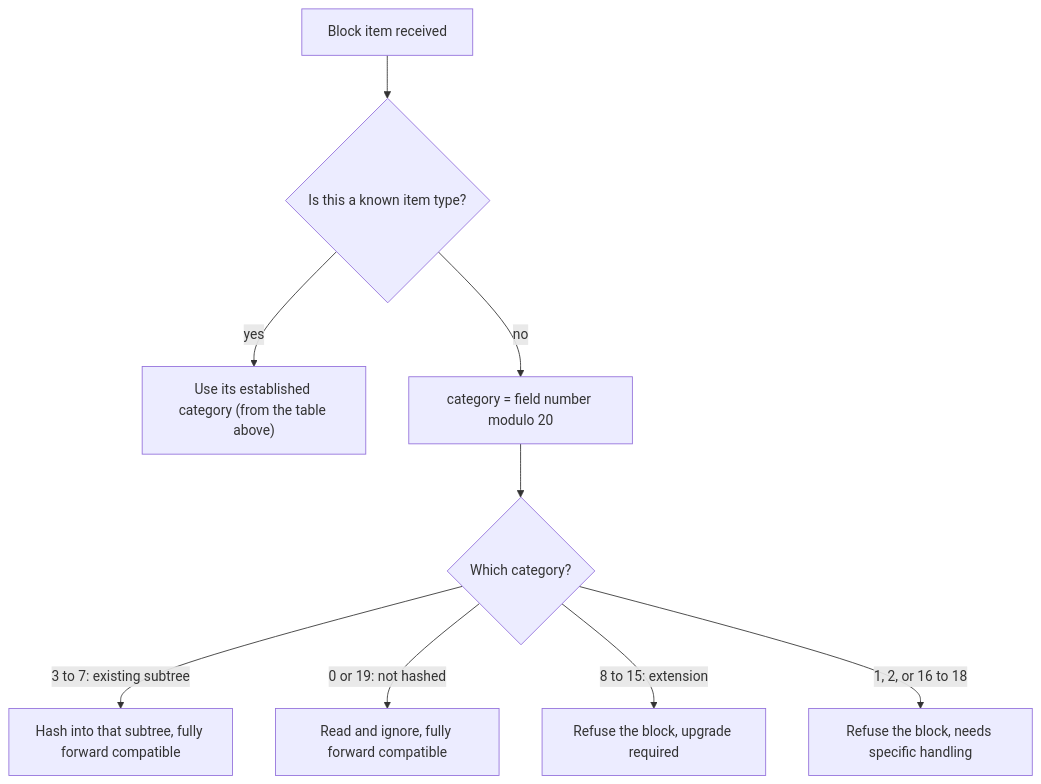
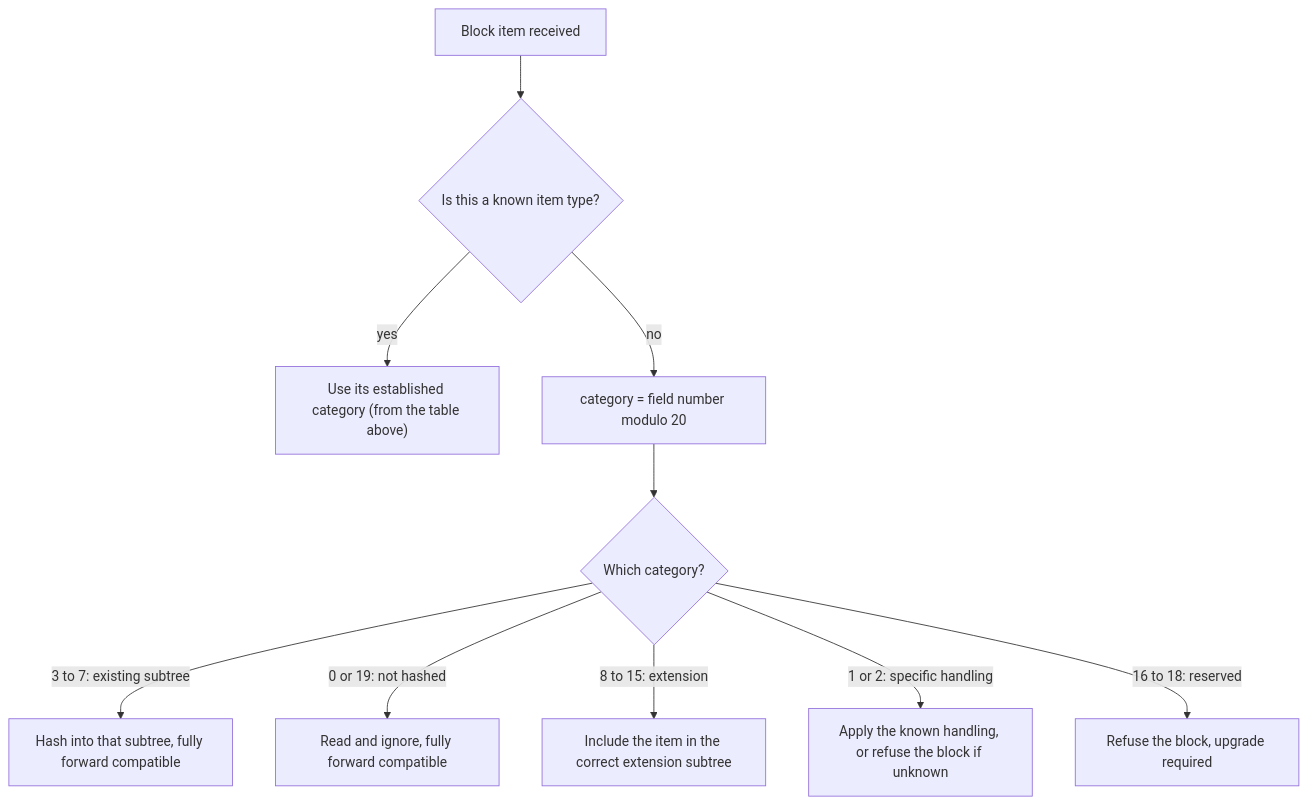
One commit to hiero-ledger/hiero-block-node changed the second of 3 diagrams in docs/design/block-stream-forward-compatibility.md. Above: the diagram before and after it, drawn with Mermaid. The commit also changed other lines of this file, not shown here.

````diff
--- a/docs/design/block-stream-forward-compatibility.md
+++ b/docs/design/block-stream-forward-compatibility.md
@@ -331,11 +346,12 @@
 ```mermaid
 flowchart TD
     A[Block item received] --> B{Is this a known item type?}
     B -- yes --> C["Use its established category (from the table above)"]
     B -- no --> D["category = field number modulo 20"]
     D --> E{Which category?}
     E -- "3 to 7: existing subtree" --> F["Hash into that subtree, fully forward compatible"]
     E -- "0 or 19: not hashed" --> G["Read and ignore, fully forward compatible"]
-    E -- "8 to 15: extension" --> H["Refuse the block, upgrade required"]
-    E -- "1, 2, or 16 to 18" --> I["Refuse the block, needs specific handling"]
+    E -- "8 to 15: extension" --> H["Include the item in the correct extension subtree"]
+    E -- "1 or 2: specific handling" --> I["Apply the known handling, or refuse the block if unknown"]
+    E -- "16 to 18: reserved" --> J["Refuse the block, upgrade required"]
 ```
````
